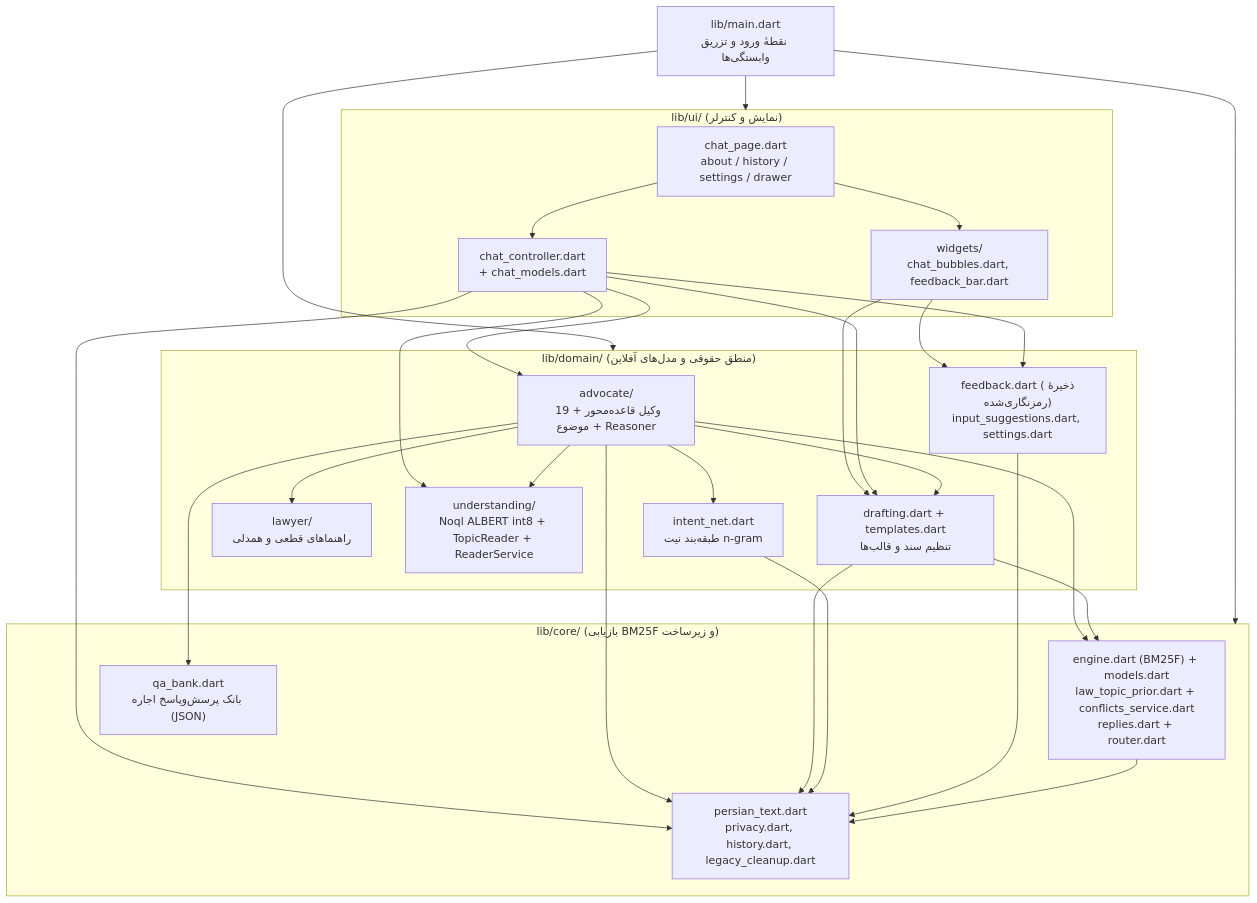
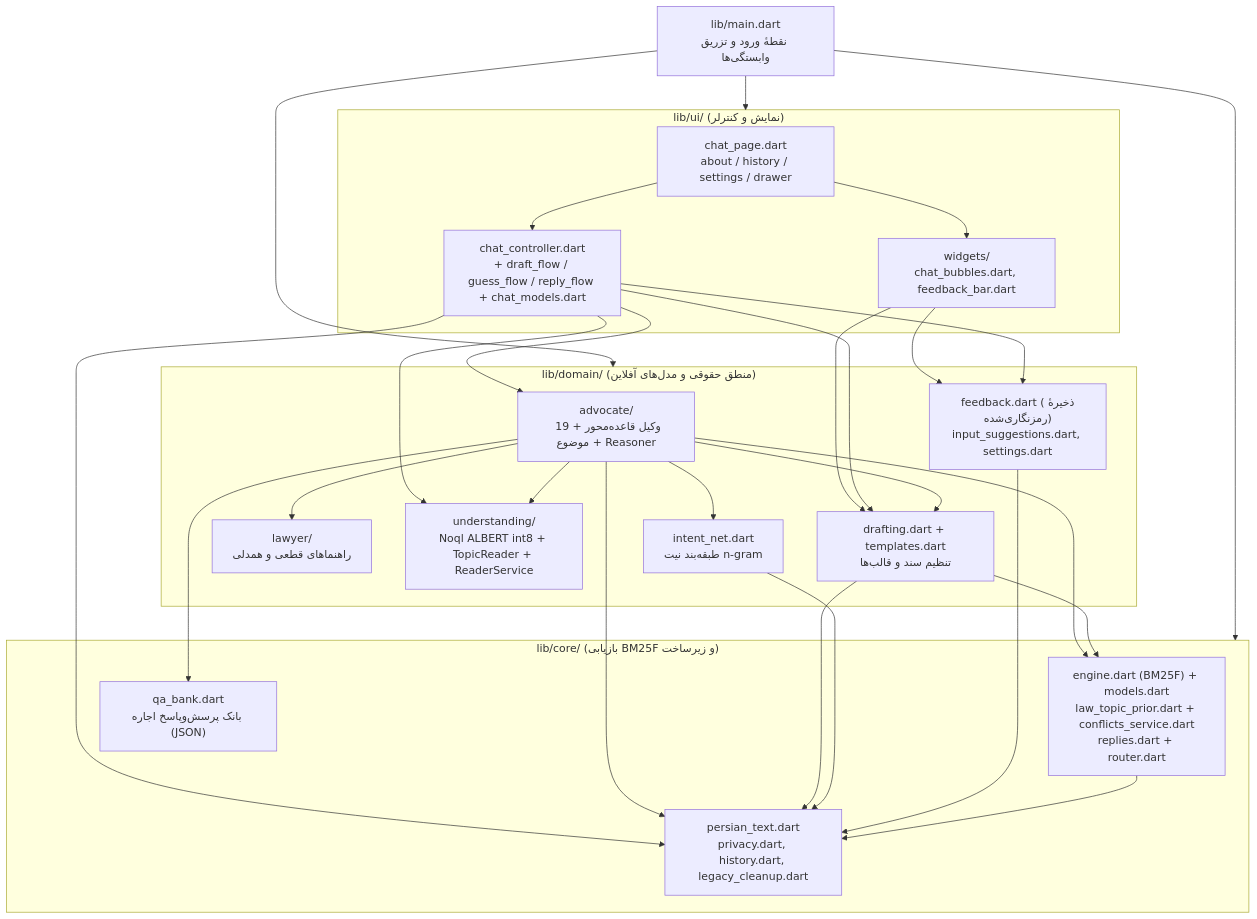
Before and after one commit to ariamard1726-del/Dastyar: the diagram in docs/diagrams/layers.mmd, drawn with Mermaid. The commit also changed 8 other files, not shown here.

Commit message:
فاز ۴: تفکیک کنترلر گفتگو (GuessFlow، ReplyFlow) و قفل یک‌منبعی داده‌ها

```diff
--- a/docs/diagrams/layers.mmd
+++ b/docs/diagrams/layers.mmd
@@ -1,52 +1,52 @@
 flowchart TD
     main["lib/main.dart<br/>نقطهٔ ورود و تزریق وابستگی‌ها"]
 
     subgraph ui["lib/ui/ (نمایش و کنترلر)"]
         chat_page["chat_page.dart<br/>about / history / settings / drawer"]
         widgets["widgets/<br/>chat_bubbles.dart, feedback_bar.dart"]
-        controller["chat_controller.dart<br/>+ chat_models.dart"]
+        controller["chat_controller.dart<br/>+ draft_flow / guess_flow / reply_flow + chat_models.dart"]
     end
 
     subgraph domain["lib/domain/ (منطق حقوقی و مدل‌های آفلاین)"]
         advocate["advocate/<br/>وکیل قاعده‌محور + 19 موضوع + Reasoner"]
         drafting["drafting.dart + templates.dart<br/>تنظیم سند و قالب‌ها"]
         lawyer["lawyer/<br/>راهنماهای قطعی و همدلی"]
         understanding["understanding/<br/>Noql ALBERT int8 + TopicReader + ReaderService"]
         intent["intent_net.dart<br/>طبقه‌بند نیت n-gram"]
         state_util["feedback.dart (ذخیرهٔ رمزنگاری‌شده)<br/>input_suggestions.dart, settings.dart"]
     end
 
     subgraph core["lib/core/ (بازیابی BM25F و زیرساخت)"]
         retrieval["engine.dart (BM25F) + models.dart<br/>law_topic_prior.dart + conflicts_service.dart<br/>replies.dart + router.dart"]
         qa["qa_bank.dart<br/>بانک پرسش‌وپاسخ اجاره (JSON)"]
         infra["persian_text.dart<br/>privacy.dart, history.dart, legacy_cleanup.dart"]
     end
 
     main --> ui
     main --> domain
     main --> core
 
     chat_page --> widgets
     chat_page --> controller
     widgets --> state_util
     widgets --> drafting
 
     controller --> advocate
     controller --> drafting
     controller --> understanding
     controller --> state_util
     controller --> infra
 
     advocate --> retrieval
     advocate --> qa
     advocate --> lawyer
     advocate --> drafting
     advocate --> understanding
     advocate --> intent
     advocate --> infra
 
     drafting --> retrieval
     drafting --> infra
     intent --> infra
     state_util --> infra
     retrieval --> infra
```
